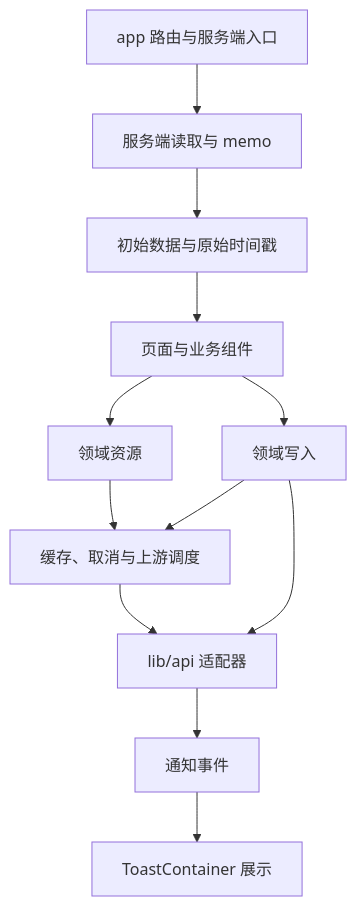
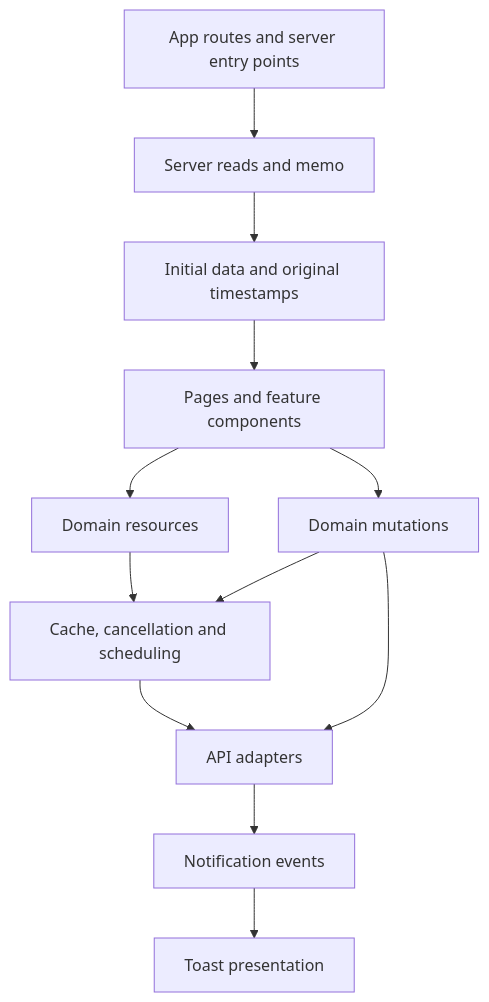
The diagram in docs/architecture-guide.md (picpony/picpony-front), drawn with Mermaid before and after one commit. The commit also changed other lines of this file and 67 other files, not shown here.

````diff
--- a/docs/architecture-guide.md
+++ b/docs/architecture-guide.md
@@ -7,14 +7,14 @@
 ```mermaid
 flowchart TD
-    Route[app 路由与服务端入口] --> Server[服务端读取与 memo]
-    Server --> Seed[初始数据与原始时间戳]
-    Seed --> View[页面与业务组件]
-    View --> Query[领域资源]
-    Query --> Resource[缓存、取消与上游调度]
-    Resource --> API[lib/api 适配器]
-    View --> Mutation[领域写入]
+    Route[App routes and server entry points] --> Server[Server reads and memo]
+    Server --> Seed[Initial data and original timestamps]
+    Seed --> View[Pages and feature components]
+    View --> Query[Domain resources]
+    Query --> Resource[Cache, cancellation and scheduling]
+    Resource --> API[API adapters]
+    View --> Mutation[Domain mutations]
     Mutation --> API
     Mutation --> Resource
-    API --> Notice[通知事件]
-    Notice --> Toast[ToastContainer 展示]
+    API --> Notice[Notification events]
+    Notice --> Toast[Toast presentation]
 ```
````
